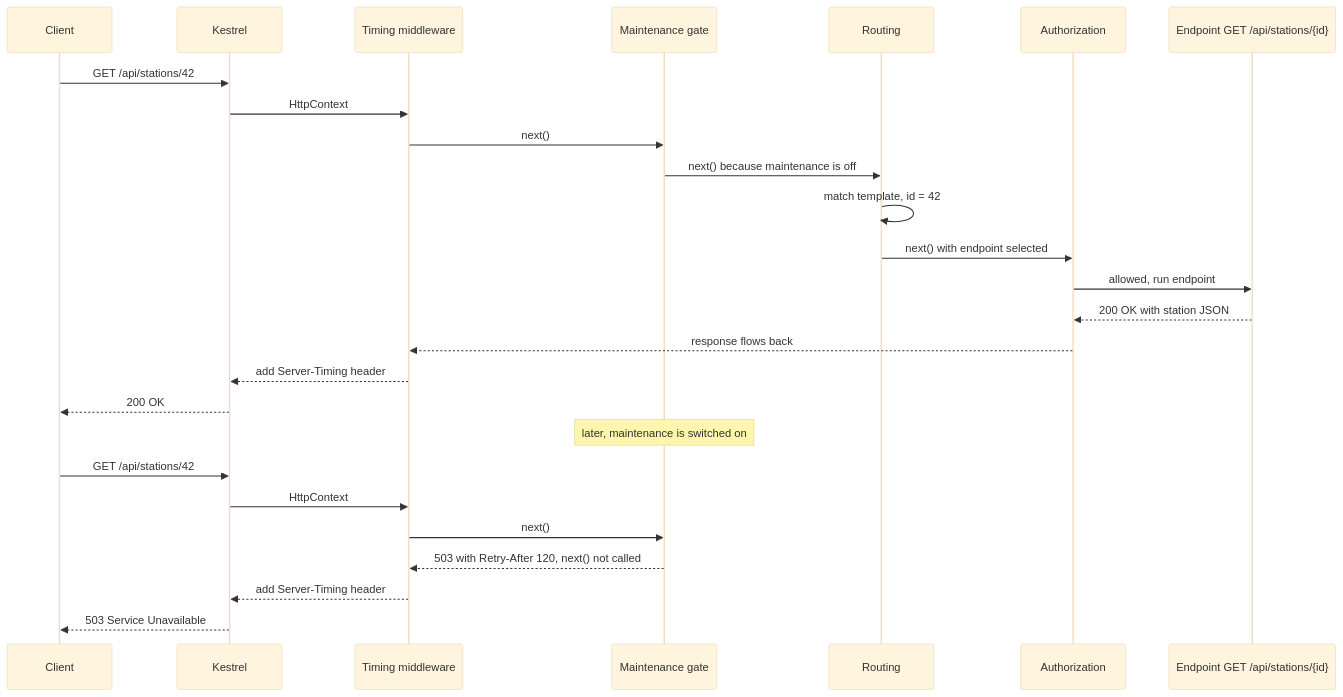
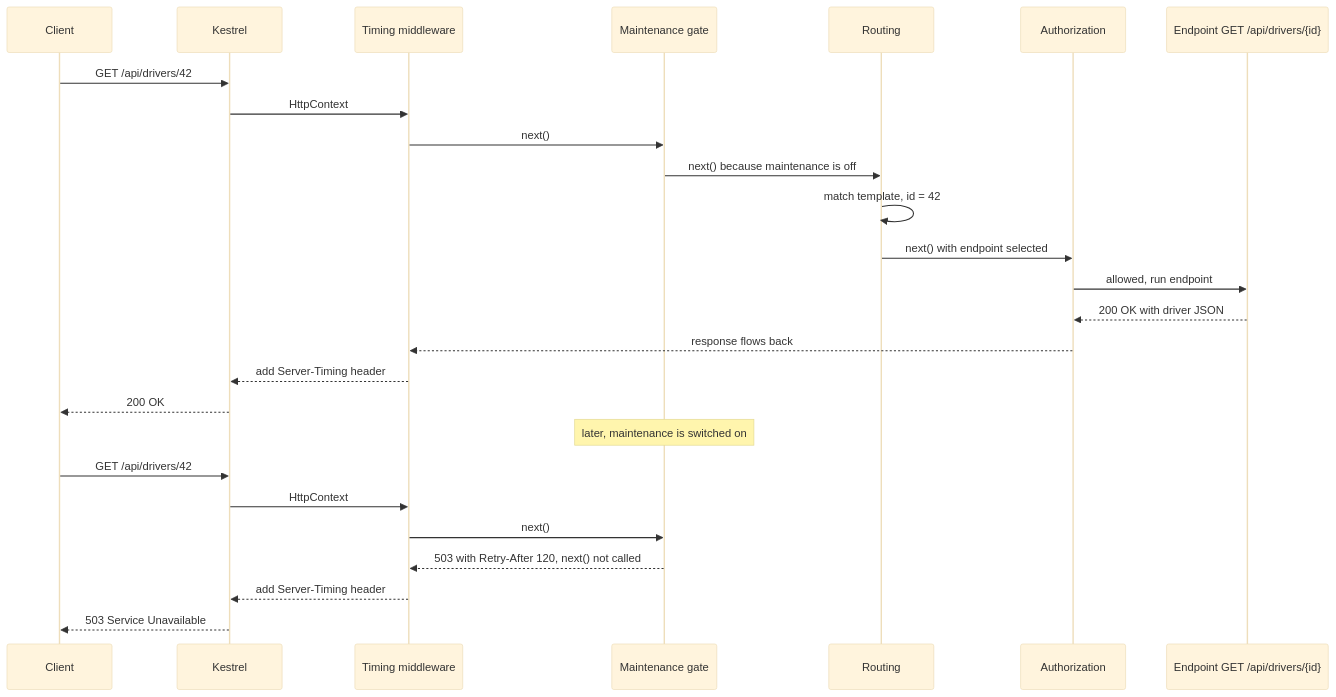
One commit to rizwi0786/system-design-lab changed the second of 2 diagrams in content/lessons/m03/m03-kestrel-middleware-routing.md. Above: the diagram before and after it, drawn with Mermaid (base theme). The commit also changed other lines of this file and 334 other files, not shown here.

````diff
--- a/content/lessons/m03/m03-kestrel-middleware-routing.md
+++ b/content/lessons/m03/m03-kestrel-middleware-routing.md
@@ -276,28 +276,28 @@
 ```mermaid
 sequenceDiagram
     participant C as Client
     participant K as Kestrel
     participant T as Timing middleware
     participant M as Maintenance gate
     participant R as Routing
     participant A as Authorization
-    participant E as Endpoint GET /api/stations/{id}
-    C->>K: GET /api/stations/42
+    participant E as Endpoint GET /api/drivers/{id}
+    C->>K: GET /api/drivers/42
     K->>T: HttpContext
     T->>M: next()
     M->>R: next() because maintenance is off
     R->>R: match template, id = 42
     R->>A: next() with endpoint selected
     A->>E: allowed, run endpoint
-    E-->>A: 200 OK with station JSON
+    E-->>A: 200 OK with driver JSON
     A-->>T: response flows back
     T-->>K: add Server-Timing header
     K-->>C: 200 OK
     Note over M: later, maintenance is switched on
-    C->>K: GET /api/stations/42
+    C->>K: GET /api/drivers/42
     K->>T: HttpContext
     T->>M: next()
     M-->>T: 503 with Retry-After 120, next() not called
     T-->>K: add Server-Timing header
     K-->>C: 503 Service Unavailable
 ```
````
